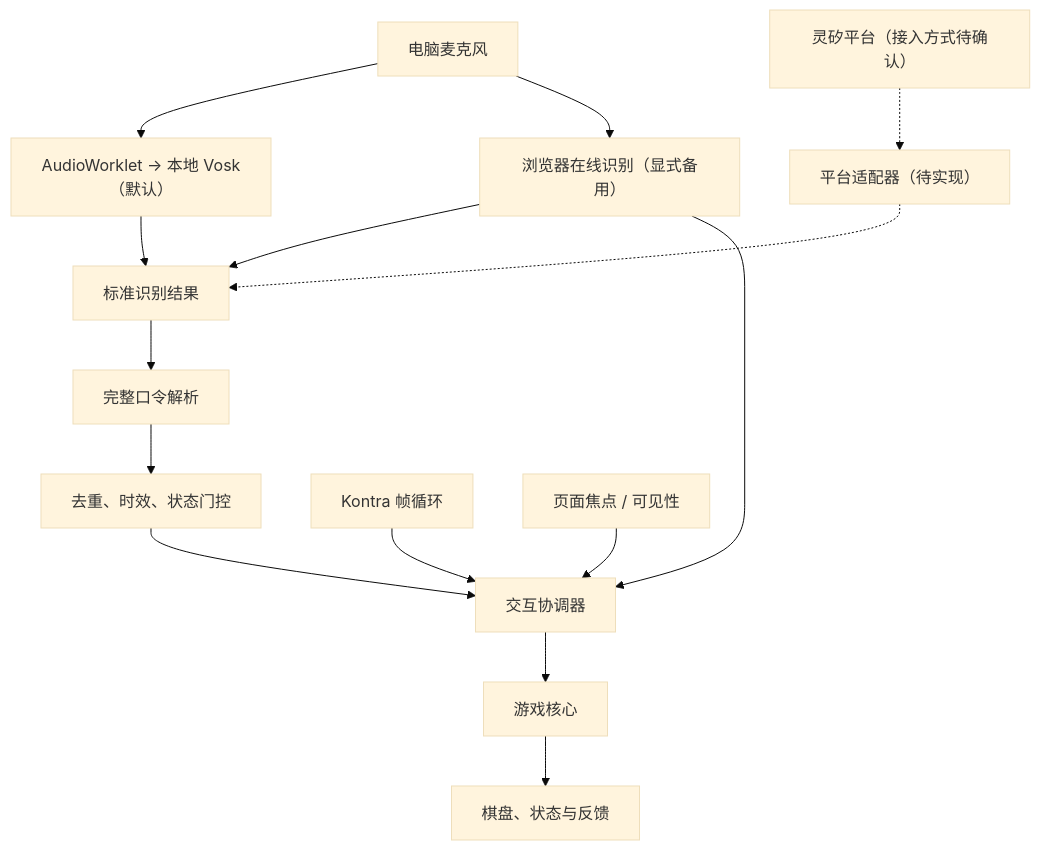
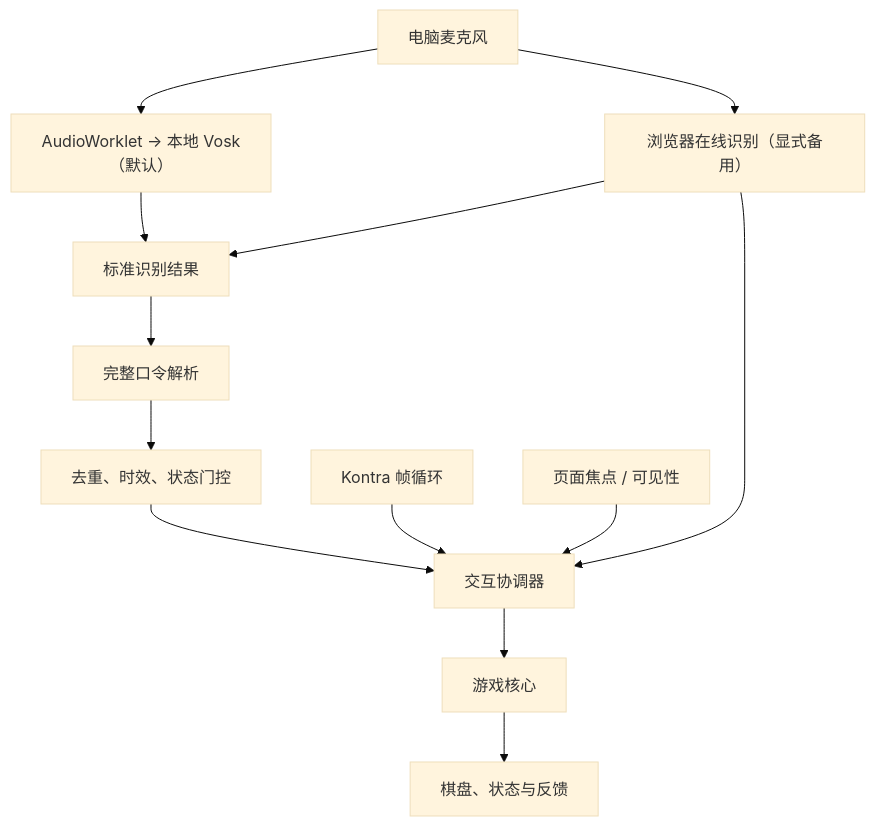
Before and after one commit to kingqn0321/voice-snake: the first of 3 diagrams in docs/architecture.md, drawn with Mermaid (base theme). The commit also changed other lines of this file and 24 other files, not shown here.

````diff
--- a/docs/architecture.md
+++ b/docs/architecture.md
@@ -9,17 +9,15 @@
 ```mermaid
 flowchart TD
   Mic["电脑麦克风"] --> Local["AudioWorklet → 本地 Vosk（默认）"]
   Mic --> Browser["浏览器在线识别（显式备用）"]
-  Linxi["灵矽平台（接入方式待确认）"] -.-> Adapter["平台适配器（待实现）"]
   Browser --> Input["标准识别结果"]
   Local --> Input
-  Adapter -.-> Input
   Input --> Parser["完整口令解析"]
   Parser --> Gate["去重、时效、状态门控"]
   Gate --> Coordinator["交互协调器"]
   Coordinator --> Game["游戏核心"]
   Loop["Kontra 帧循环"] --> Coordinator
   Game --> View["棋盘、状态与反馈"]
   Browser --> Coordinator
   Focus["页面焦点 / 可见性"] --> Coordinator
 ```
````
